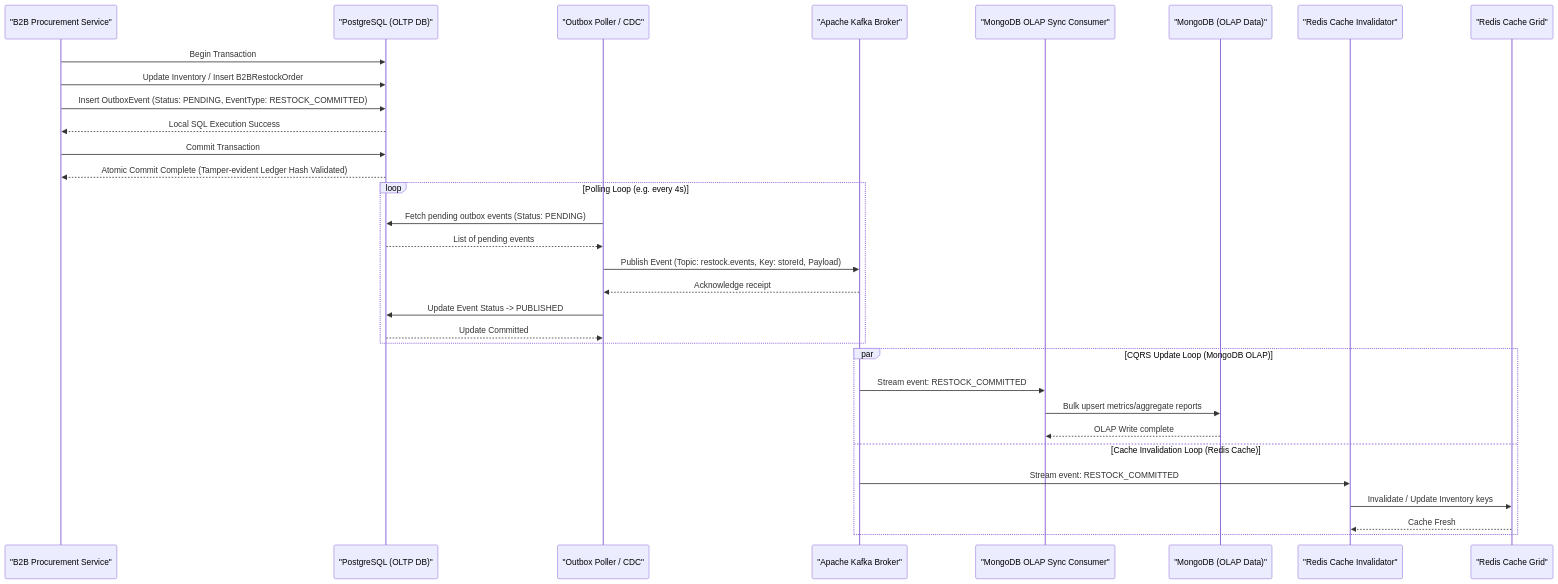
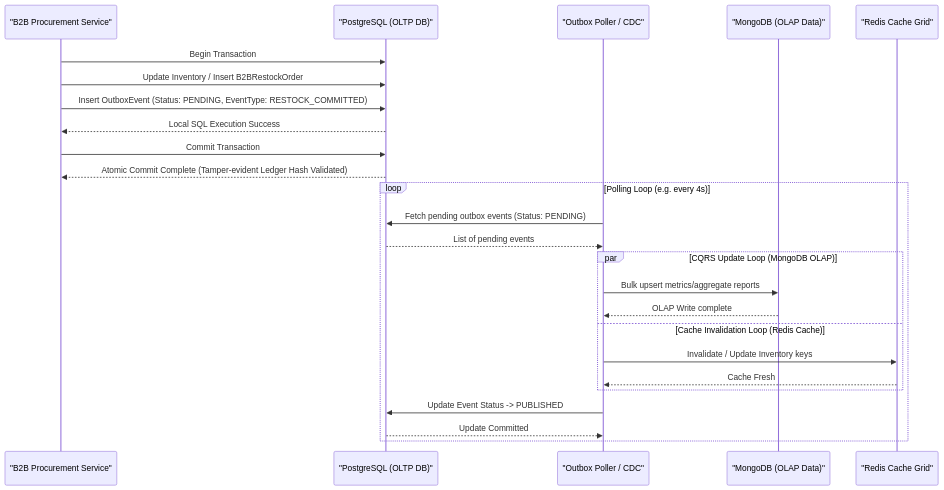
The seventh of 13 diagrams in low_level_design.md (Muneeb7860/Swish_App), drawn with Mermaid before and after one commit. The commit also changed 2 other files, not shown here.

Commit message:
Hardening: Remove remaining Kafka configurations and update HLD/LLD architecture diagrams

````diff
--- a/low_level_design.md
+++ b/low_level_design.md
@@ -612,39 +612,31 @@
 ```mermaid
 sequenceDiagram
     participant ProcSrv as "B2B Procurement Service"
     participant PG as "PostgreSQL (OLTP DB)"
     participant Poller as "Outbox Poller / CDC"
-    participant Kafka as "Apache Kafka Broker"
-    participant MongoConsumer as "MongoDB OLAP Sync Consumer"
     participant Mongo as "MongoDB (OLAP Data)"
-    participant RedisConsumer as "Redis Cache Invalidator"
     participant Redis as "Redis Cache Grid"
     
     ProcSrv->>PG: Begin Transaction
     ProcSrv->>PG: Update Inventory / Insert B2BRestockOrder
     ProcSrv->>PG: Insert OutboxEvent (Status: PENDING, EventType: RESTOCK_COMMITTED)
     PG-->>ProcSrv: Local SQL Execution Success
     ProcSrv->>PG: Commit Transaction
     PG-->>ProcSrv: Atomic Commit Complete (Tamper-evident Ledger Hash Validated)
     
     loop Polling Loop (e.g. every 4s)
         Poller->>PG: Fetch pending outbox events (Status: PENDING)
         PG-->>Poller: List of pending events
         
-        Poller->>Kafka: Publish Event (Topic: restock.events, Key: storeId, Payload)
-        Kafka-->>Poller: Acknowledge receipt
+        par CQRS Update Loop (MongoDB OLAP)
+            Poller->>Mongo: Bulk upsert metrics/aggregate reports
+            Mongo-->>Poller: OLAP Write complete
+        and Cache Invalidation Loop (Redis Cache)
+            Poller->>Redis: Invalidate / Update Inventory keys
+            Redis-->>Poller: Cache Fresh
+        end
         
         Poller->>PG: Update Event Status -> PUBLISHED
         PG-->>Poller: Update Committed
     end
-    
-    par CQRS Update Loop (MongoDB OLAP)
-        Kafka->>MongoConsumer: Stream event: RESTOCK_COMMITTED
-        MongoConsumer->>Mongo: Bulk upsert metrics/aggregate reports
-        Mongo-->>MongoConsumer: OLAP Write complete
-    and Cache Invalidation Loop (Redis Cache)
-        Kafka->>RedisConsumer: Stream event: RESTOCK_COMMITTED
-        RedisConsumer->>Redis: Invalidate / Update Inventory keys
-        Redis-->>RedisConsumer: Cache Fresh
-    end
 ```
````
